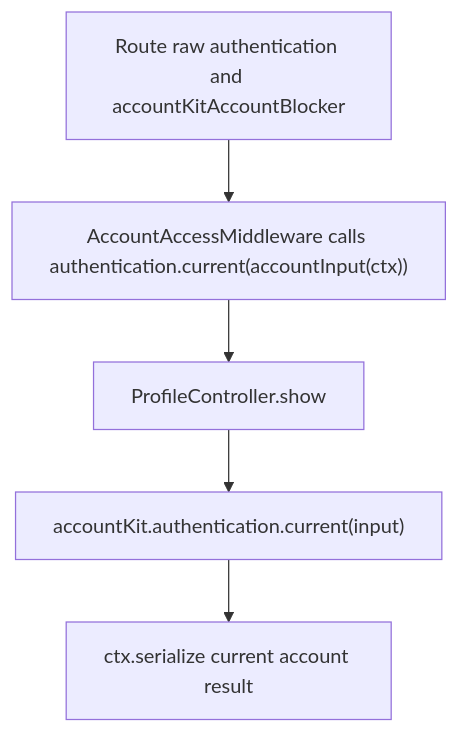
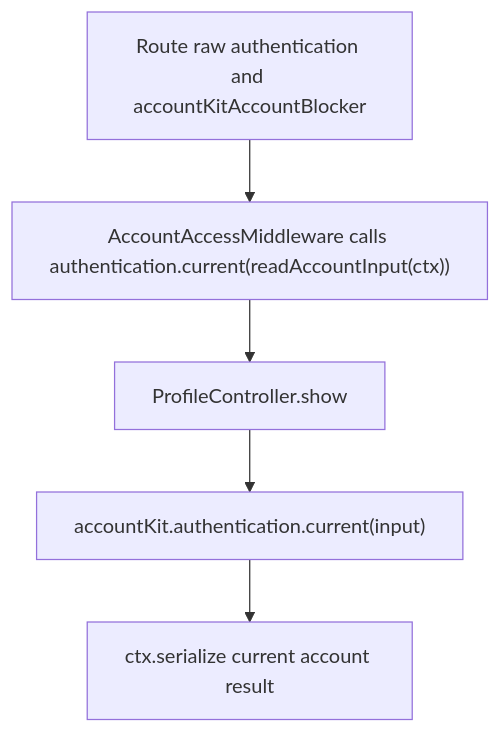
One commit to Kevinjohn/oss-adonisjs-starter-examples changed the second of 2 diagrams in user-stories/api/us-api-21-read-account-profile.md. Above: the diagram before and after it, drawn with Mermaid. The commit also changed other lines of this file and 27 other files, not shown here.

````diff
--- a/user-stories/api/us-api-21-read-account-profile.md
+++ b/user-stories/api/us-api-21-read-account-profile.md
@@ -32,7 +32,7 @@
 ```mermaid
 flowchart TD
-    A["Route raw authentication and accountKitAccountBlocker"] --> B["AccountAccessMiddleware calls authentication.current(accountInput(ctx))"]
+    A["Route raw authentication and accountKitAccountBlocker"] --> B["AccountAccessMiddleware calls authentication.current(readAccountInput(ctx))"]
     B --> C["ProfileController.show"]
     C --> D["accountKit.authentication.current(input)"]
     D --> E["ctx.serialize current account result"]
 ```
````
